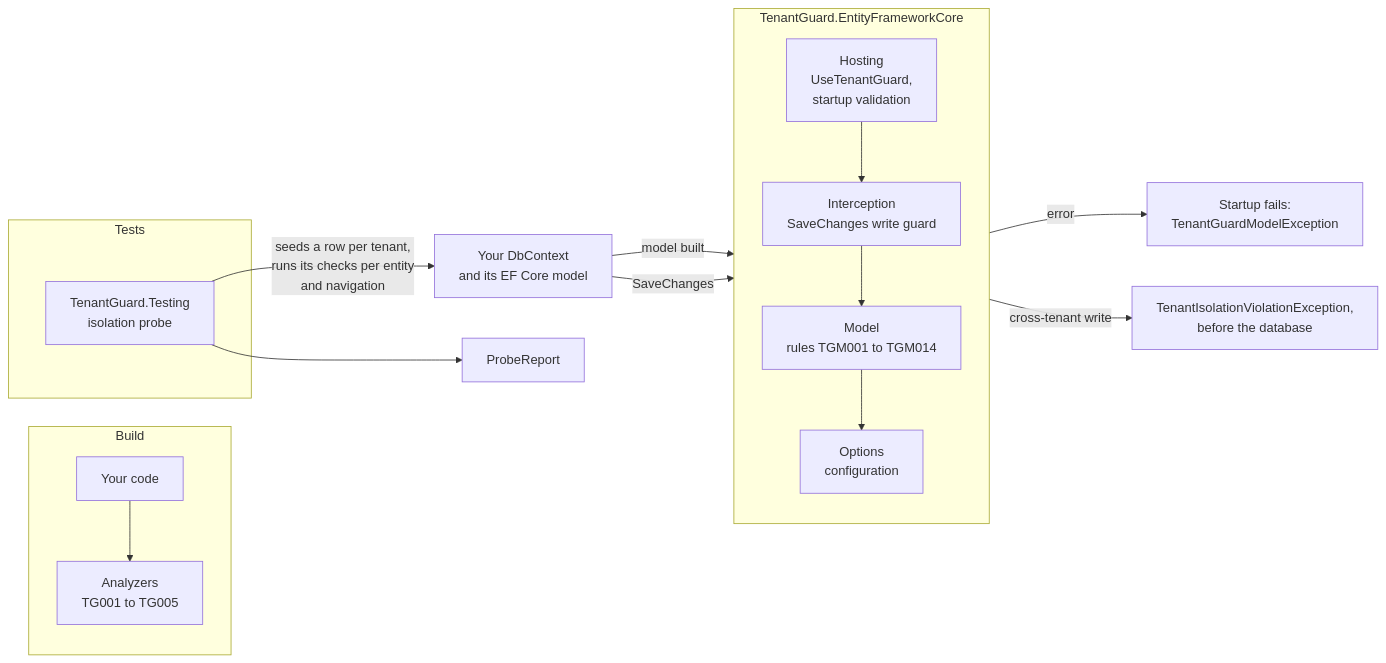
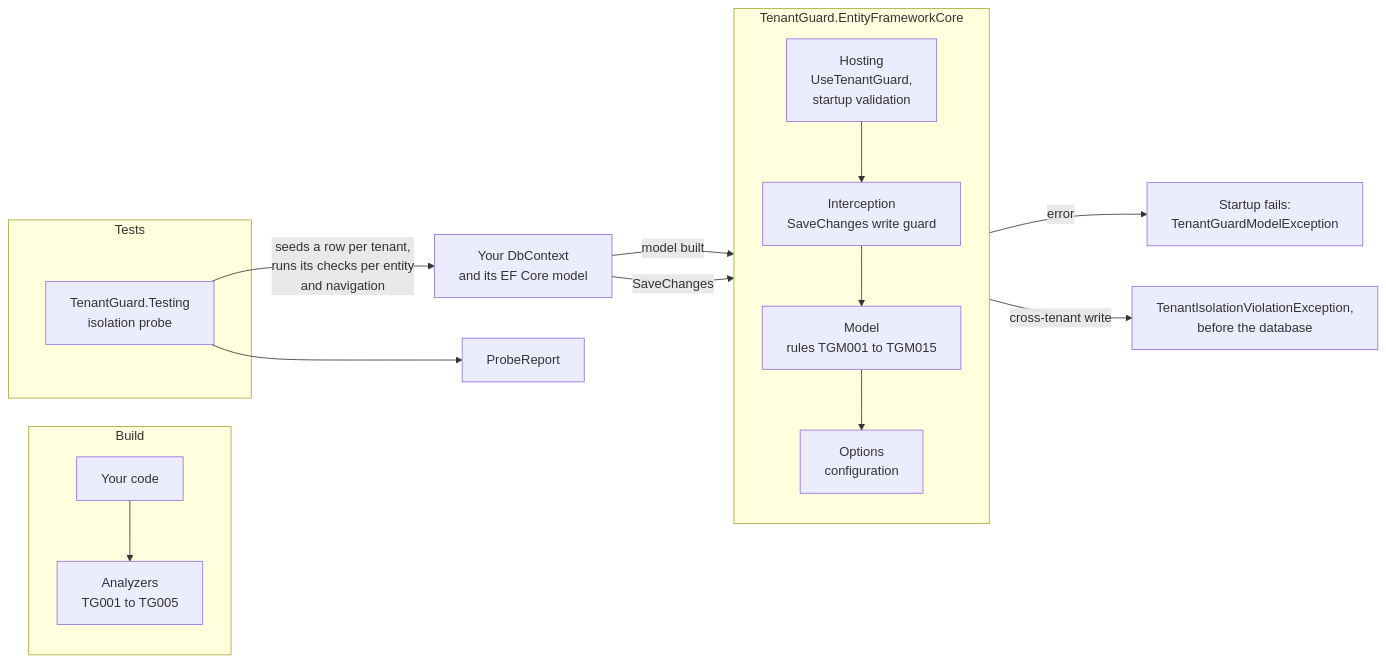
One commit to jimmykurian/tenantguard changed the diagram in README.md. Above: the diagram before and after it, drawn with Mermaid. The commit also changed other lines of this file and 27 other files, not shown here.

First line of the commit message:
feat(model): report TGM015 for a foreign key that leaves out the tenant property (#123)

````diff
--- a/README.md
+++ b/README.md
@@ -241,23 +247,23 @@
 ```mermaid
 flowchart LR
     subgraph build["Build"]
         src["Your code"] --> analyzers["Analyzers<br/>TG001 to TG005"]
     end
     subgraph runtime["TenantGuard.EntityFrameworkCore"]
         direction TB
         hosting["Hosting<br/>UseTenantGuard,<br/>startup validation"]
         guard["Interception<br/>SaveChanges write guard"]
-        rules["Model<br/>rules TGM001 to TGM014"]
+        rules["Model<br/>rules TGM001 to TGM015"]
         options["Options<br/>configuration"]
         hosting --> guard --> rules --> options
     end
     subgraph tests["Tests"]
         probe["TenantGuard.Testing<br/>isolation probe"]
     end
     model["Your DbContext<br/>and its EF Core model"] -->|"model built"| rules
     model -->|"SaveChanges"| guard
     rules -->|"error"| fail["Startup fails:<br/>TenantGuardModelException"]
     guard -->|"cross-tenant write"| block["TenantIsolationViolationException,<br/>before the database"]
     probe -->|"seeds a row per tenant,<br/>runs its checks per entity<br/>and navigation"| model
     probe --> report["ProbeReport"]
 ```
````
